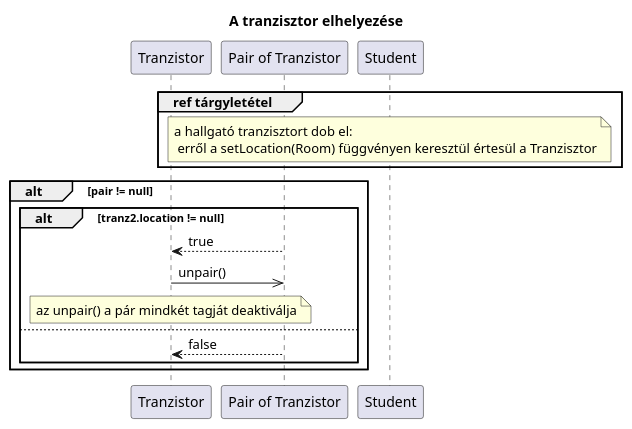
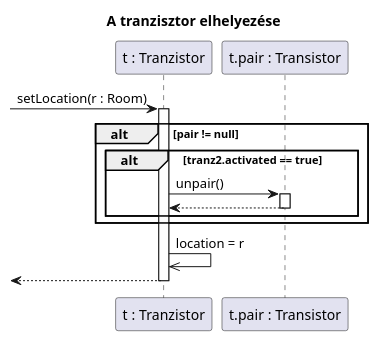
The second of 2 diagrams in diagramms/src/transistor.puml (kipolaris/skyrimscriptsuttogok), drawn with PlantUML before and after one commit. The commit also changed other lines of this file and 27 other files, not shown here.

Commit message:
finished fixing sequence diagrams based on labvez opinion

```diff
--- a/diagramms/src/transistor.puml
+++ b/diagramms/src/transistor.puml
@@ -36,23 +43,21 @@
 @startuml place
 
 title A tranzisztor elhelyezése
 
-Participant "Tranzistor" as tranz1
-Participant "Pair of Tranzistor" as tranz2
-participant Student as h
+Participant "t : Tranzistor" as tranz1
+Participant "t.pair : Transistor" as tranz2
 
-group ref tárgyletétel
-note over h : a hallgató tranzisztort dob el:\n erről a setLocation(Room) függvényen keresztül értesül a Tranzisztor
-end
+-> tranz1 ++: setLocation(r : Room)
 
 alt pair != null
-    alt tranz2.location != null
-        tranz2-->tranz1 : true
-        tranz1->>tranz2 : unpair()
-        note over tranz1 : az unpair() a pár mindkét tagját deaktiválja
-    else
-        tranz2-->tranz1 : false
+    alt tranz2.activated == true
+        tranz1->tranz2 ++: unpair()
+        return
     end
 end
 
+tranz1 ->> tranz1 : location = r
+
+<--tranz1 --:
+
 @enduml
```
